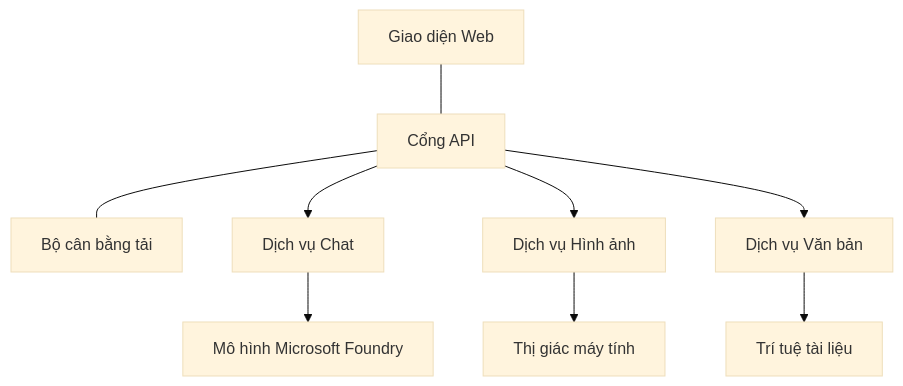
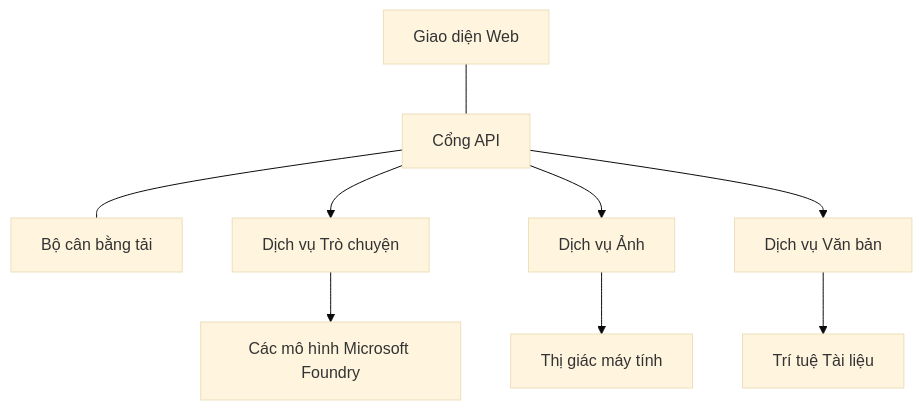
Before and after one commit to microsoft/AZD-for-beginners: the diagram in translations/vi/docs/chapter-08-production/production-ai-practices.md, drawn with Mermaid (base theme). The commit also changed other lines of this file and 101 other files, not shown here.

````diff
--- a/translations/vi/docs/chapter-08-production/production-ai-practices.md
+++ b/translations/vi/docs/chapter-08-production/production-ai-practices.md
@@ -30,10 +30,10 @@
 ```mermaid
 graph TD
     Frontend[Giao diện Web] --- Gateway[Cổng API] --- LB[Bộ cân bằng tải]
-    Gateway --> Chat[Dịch vụ Chat]
-    Gateway --> Image[Dịch vụ Hình ảnh]
+    Gateway --> Chat[Dịch vụ Trò chuyện]
+    Gateway --> Image[Dịch vụ Ảnh]
     Gateway --> Text[Dịch vụ Văn bản]
-    Chat --> OpenAI[Mô hình Microsoft Foundry]
+    Chat --> OpenAI[Các mô hình Microsoft Foundry]
     Image --> Vision[Thị giác máy tính]
-    Text --> DocIntel[Trí tuệ tài liệu]
+    Text --> DocIntel[Trí tuệ Tài liệu]
 ```
````
